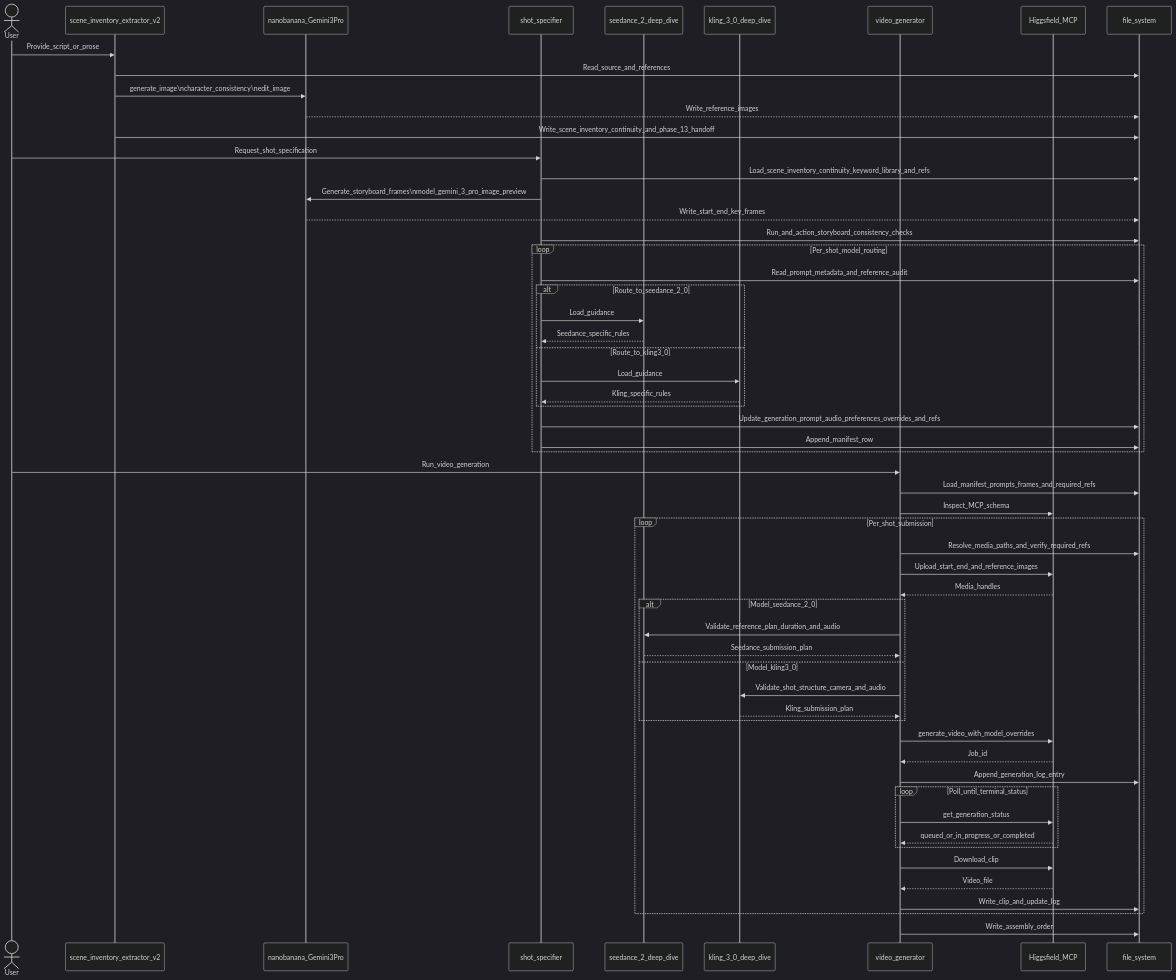
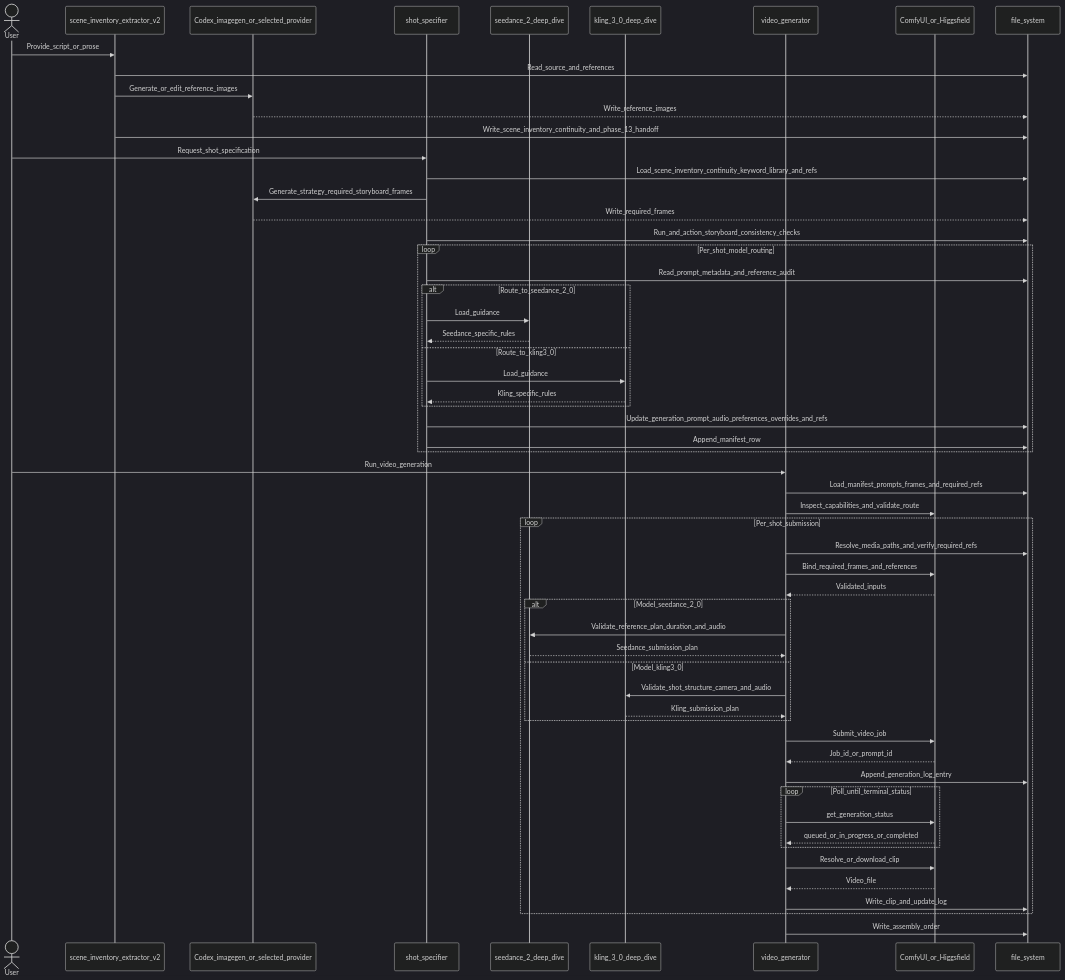
The first of 3 diagrams in docs/users-guide.md (woxclaw/visual-storytelling-skills), drawn with Mermaid (dark theme) before and after one commit. The commit also changed other lines of this file and 23 other files, not shown here.

Commit message:
feat: add Codex and ComfyUI skill support

````diff
--- a/docs/users-guide.md
+++ b/docs/users-guide.md
@@ -29,70 +29,70 @@
 ```mermaid
 sequenceDiagram
   actor User
   participant Extractor as scene_inventory_extractor_v2
-  participant Nano as nanobanana_Gemini3Pro
+  participant ImageGen as Codex_imagegen_or_selected_provider
   participant Shot as shot_specifier
   participant SeedanceDD as seedance_2_deep_dive
   participant KlingDD as kling_3_0_deep_dive
   participant VideoGen as video_generator
-  participant Higgs as Higgsfield_MCP
+  participant Provider as ComfyUI_or_Higgsfield
   participant FS as file_system
 
   User->>Extractor: Provide_script_or_prose
   Extractor->>FS: Read_source_and_references
-  Extractor->>Nano: generate_image\ncharacter_consistency\nedit_image
-  Nano-->>FS: Write_reference_images
+  Extractor->>ImageGen: Generate_or_edit_reference_images
+  ImageGen-->>FS: Write_reference_images
   Extractor->>FS: Write_scene_inventory_continuity_and_phase_13_handoff
 
   User->>Shot: Request_shot_specification
   Shot->>FS: Load_scene_inventory_continuity_keyword_library_and_refs
-  Shot->>Nano: Generate_storyboard_frames\nmodel_gemini_3_pro_image_preview
-  Nano-->>FS: Write_start_end_key_frames
+  Shot->>ImageGen: Generate_strategy_required_storyboard_frames
+  ImageGen-->>FS: Write_required_frames
   Shot->>FS: Run_and_action_storyboard_consistency_checks
 
   loop Per_shot_model_routing
     Shot->>FS: Read_prompt_metadata_and_reference_audit
     alt Route_to_seedance_2_0
       Shot->>SeedanceDD: Load_guidance
       SeedanceDD-->>Shot: Seedance_specific_rules
     else Route_to_kling3_0
       Shot->>KlingDD: Load_guidance
       KlingDD-->>Shot: Kling_specific_rules
     end
     Shot->>FS: Update_generation_prompt_audio_preferences_overrides_and_refs
     Shot->>FS: Append_manifest_row
   end
 
   User->>VideoGen: Run_video_generation
   VideoGen->>FS: Load_manifest_prompts_frames_and_required_refs
-  VideoGen->>Higgs: Inspect_MCP_schema
+  VideoGen->>Provider: Inspect_capabilities_and_validate_route
 
   loop Per_shot_submission
     VideoGen->>FS: Resolve_media_paths_and_verify_required_refs
-    VideoGen->>Higgs: Upload_start_end_and_reference_images
-    Higgs-->>VideoGen: Media_handles
+    VideoGen->>Provider: Bind_required_frames_and_references
+    Provider-->>VideoGen: Validated_inputs
 
     alt Model_seedance_2_0
       VideoGen->>SeedanceDD: Validate_reference_plan_duration_and_audio
       SeedanceDD-->>VideoGen: Seedance_submission_plan
     else Model_kling3_0
       VideoGen->>KlingDD: Validate_shot_structure_camera_and_audio
       KlingDD-->>VideoGen: Kling_submission_plan
     end
 
-    VideoGen->>Higgs: generate_video_with_model_overrides
-    Higgs-->>VideoGen: Job_id
+    VideoGen->>Provider: Submit_video_job
+    Provider-->>VideoGen: Job_id_or_prompt_id
     VideoGen->>FS: Append_generation_log_entry
 
     loop Poll_until_terminal_status
-      VideoGen->>Higgs: get_generation_status
-      Higgs-->>VideoGen: queued_or_in_progress_or_completed
+      VideoGen->>Provider: get_generation_status
+      Provider-->>VideoGen: queued_or_in_progress_or_completed
     end
 
-    VideoGen->>Higgs: Download_clip
-    Higgs-->>VideoGen: Video_file
+    VideoGen->>Provider: Resolve_or_download_clip
+    Provider-->>VideoGen: Video_file
     VideoGen->>FS: Write_clip_and_update_log
   end
 
   VideoGen->>FS: Write_assembly_order
 ```
````
